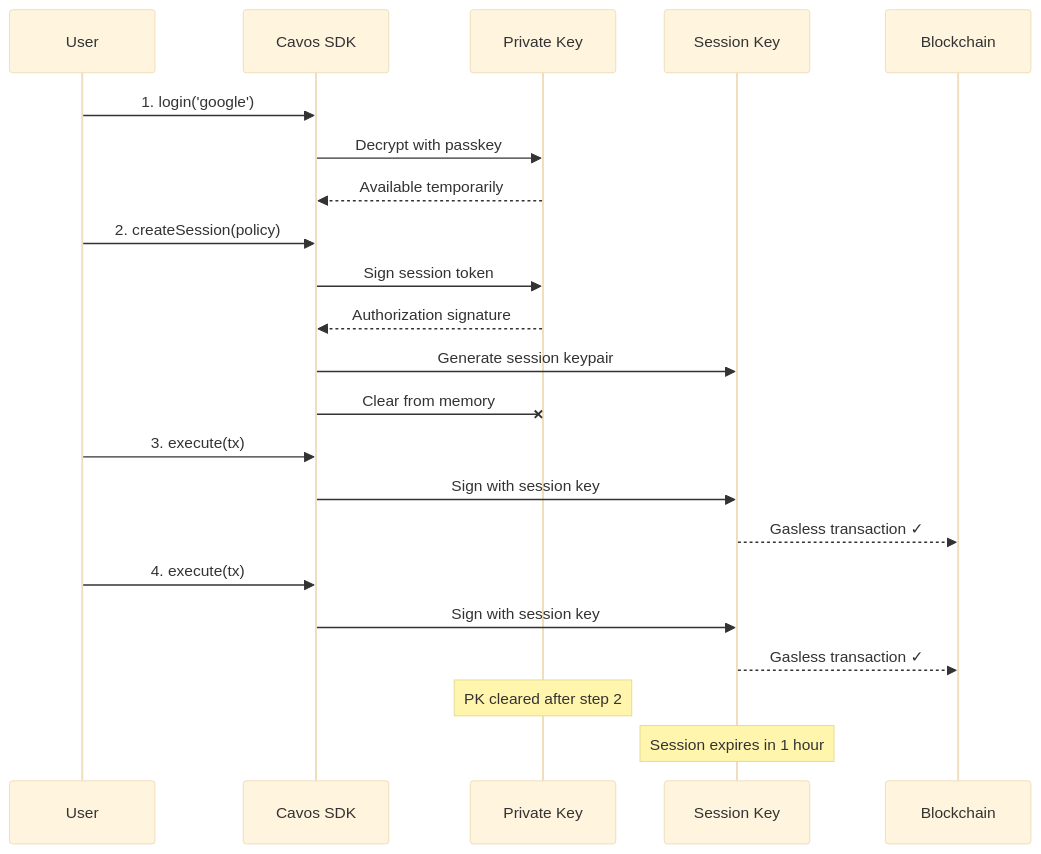
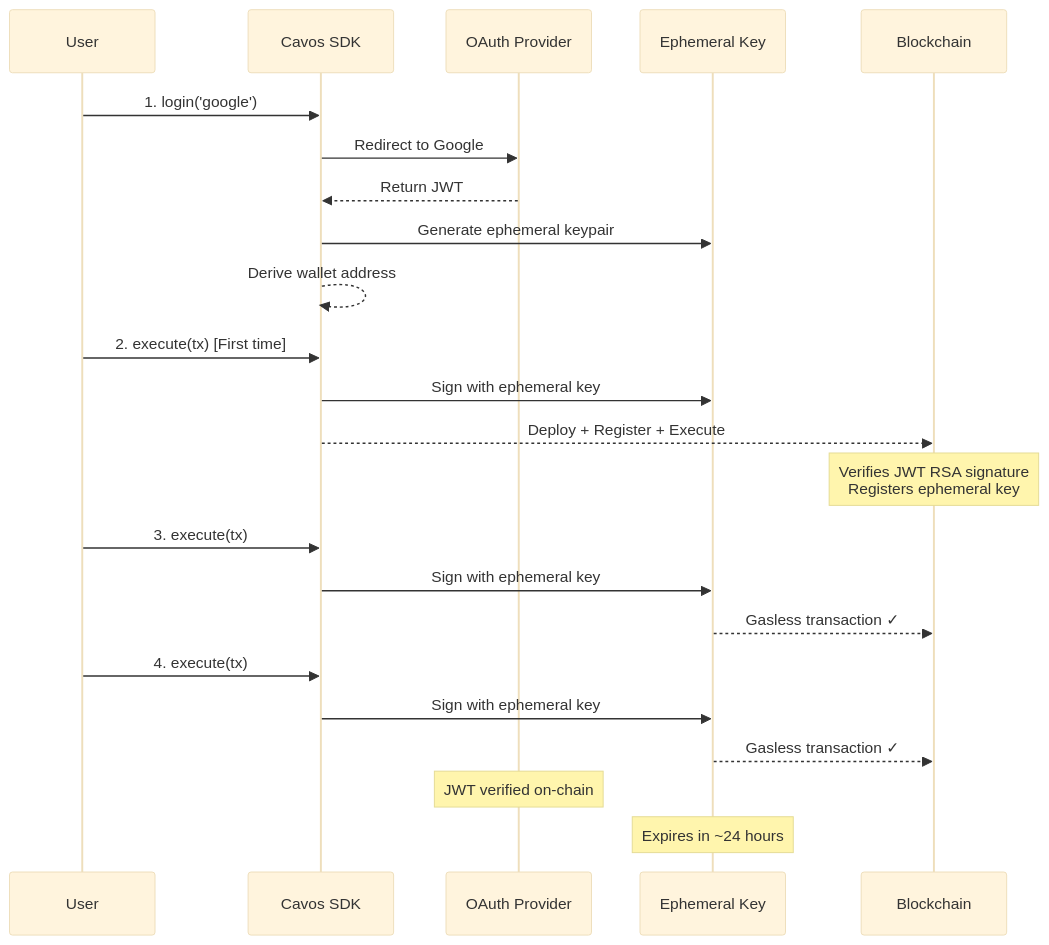
The diagram in quickstart.mdx (cavos-labs/docs), drawn with Mermaid (base theme) before and after one commit. The commit also changed other lines of this file and 1 other file, not shown here.

Commit message:
update with new oauth approach

````diff
--- a/quickstart.mdx
+++ b/quickstart.mdx
@@ -205,29 +173,30 @@
 ```mermaid
 sequenceDiagram
     participant U as User
     participant SDK as Cavos SDK
-    participant PK as Private Key
-    participant SK as Session Key
+    participant OAuth as OAuth Provider
+    participant EK as Ephemeral Key
     participant Chain as Blockchain
 
     U->>SDK: 1. login('google')
-    SDK->>PK: Decrypt with passkey
-    PK-->>SDK: Available temporarily
-    
-    U->>SDK: 2. createSession(policy)
-    SDK->>PK: Sign session token
-    PK-->>SDK: Authorization signature
-    SDK->>SK: Generate session keypair
-    SDK-xPK: Clear from memory
-    
+    SDK->>OAuth: Redirect to Google
+    OAuth-->>SDK: Return JWT
+    SDK->>EK: Generate ephemeral keypair
+    SDK-->>SDK: Derive wallet address
+
+    U->>SDK: 2. execute(tx) [First time]
+    SDK->>EK: Sign with ephemeral key
+    SDK-->>Chain: Deploy + Register + Execute
+    Note over Chain: Verifies JWT RSA signature<br/>Registers ephemeral key
+
     U->>SDK: 3. execute(tx)
-    SDK->>SK: Sign with session key
-    SK-->>Chain: Gasless transaction ✓
-    
+    SDK->>EK: Sign with ephemeral key
+    EK-->>Chain: Gasless transaction ✓
+
     U->>SDK: 4. execute(tx)
-    SDK->>SK: Sign with session key
-    SK-->>Chain: Gasless transaction ✓
-    
-    Note over PK: PK cleared after step 2
-    Note over SK: Session expires in 1 hour
+    SDK->>EK: Sign with ephemeral key
+    EK-->>Chain: Gasless transaction ✓
+
+    Note over OAuth: JWT verified on-chain
+    Note over EK: Expires in ~24 hours
 ```
````
